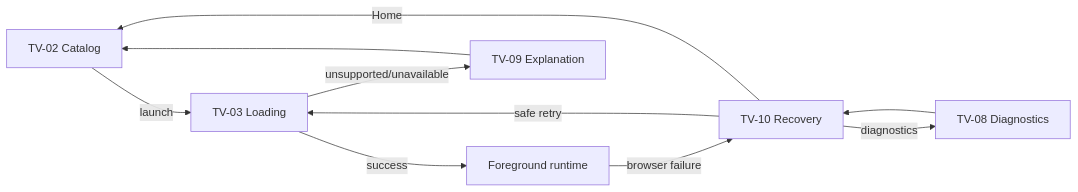
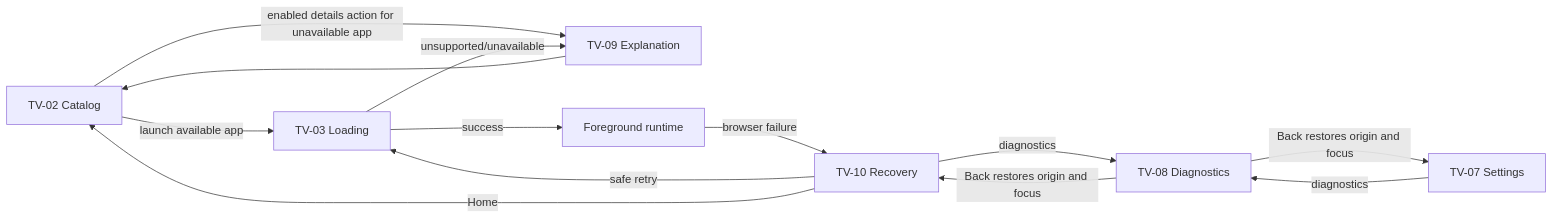
The ninth of 9 diagrams in docs/design/UX_FLOWS.md (zckyachmd/pi-tv), drawn with Mermaid before and after one commit. The commit also changed other lines of this file and 2 other files, not shown here.

Commit message:
docs: clarify TV interaction states and navigation

````diff
--- a/docs/design/UX_FLOWS.md
+++ b/docs/design/UX_FLOWS.md
@@ -107,10 +108,14 @@
 ```mermaid
 flowchart LR
- A[TV-02 Catalog] -->|launch| B[TV-03 Loading]
+ A[TV-02 Catalog] -->|launch available app| B[TV-03 Loading]
+ A -->|enabled details action for unavailable app| D[TV-09 Explanation]
  B -->|success| C[Foreground runtime]
  B -->|unsupported/unavailable| D[TV-09 Explanation] --> A
  C -->|browser failure| E[TV-10 Recovery]
- E -->|diagnostics| F[TV-08 Diagnostics] --> E
+ E -->|diagnostics| F[TV-08 Diagnostics]
+ F -->|Back restores origin and focus| E
+ S[TV-07 Settings] -->|diagnostics| F
+ F -->|Back restores origin and focus| S
  E -->|safe retry| B
  E -->|Home| A
 ```
````
